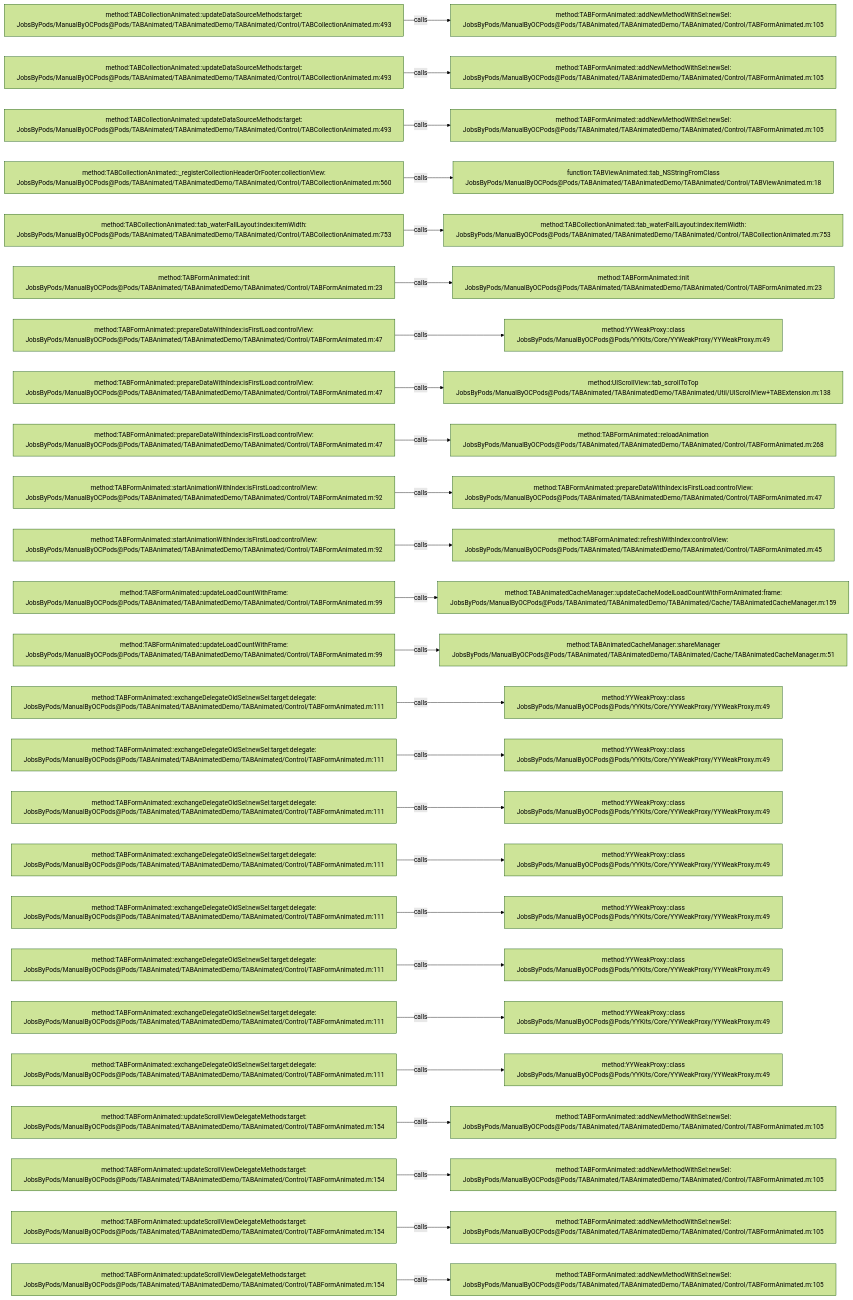
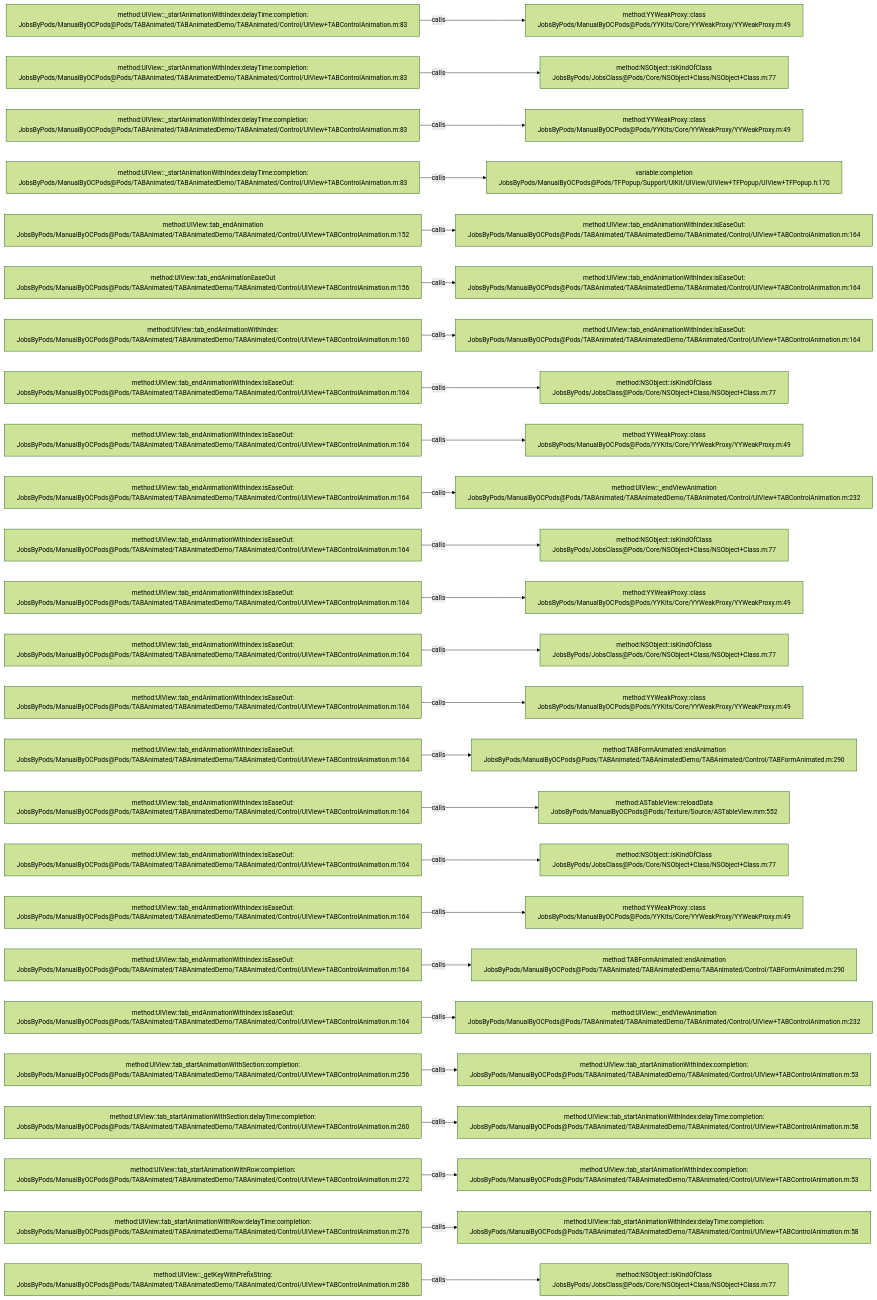
The diagram in .codegraph/codegraph.md/graphs/calls-025.md (JobsKits/JobsOCBaseConfigDemo), drawn with Mermaid (forest theme) before and after one commit. The commit also changed 1353 other files, not shown here.

````diff
--- a/.codegraph/codegraph.md/graphs/calls-025.md
+++ b/.codegraph/codegraph.md/graphs/calls-025.md
@@ -13,78 +13,78 @@
 ```mermaid
 flowchart LR
-  S1["method:TABCollectionAnimated::updateDataSourceMethods:target:<br/>JobsByPods/ManualByOCPods@Pods/TABAnimated/TABAnimatedDemo/TABAnimated/Control/TABCollectionAnimated.m:493"]
-  T1["method:TABFormAnimated::addNewMethodWithSel:newSel:<br/>JobsByPods/ManualByOCPods@Pods/TABAnimated/TABAnimatedDemo/TABAnimated/Control/TABFormAnimated.m:105"]
+  S1["method:UIView::_startAnimationWithIndex:delayTime:completion:<br/>JobsByPods/ManualByOCPods@Pods/TABAnimated/TABAnimatedDemo/TABAnimated/Control/UIView+TABControlAnimation.m:83"]
+  T1["method:YYWeakProxy::class<br/>JobsByPods/ManualByOCPods@Pods/YYKits/Core/YYWeakProxy/YYWeakProxy.m:49"]
   S1 -->|calls| T1
-  S2["method:TABCollectionAnimated::updateDataSourceMethods:target:<br/>JobsByPods/ManualByOCPods@Pods/TABAnimated/TABAnimatedDemo/TABAnimated/Control/TABCollectionAnimated.m:493"]
-  T2["method:TABFormAnimated::addNewMethodWithSel:newSel:<br/>JobsByPods/ManualByOCPods@Pods/TABAnimated/TABAnimatedDemo/TABAnimated/Control/TABFormAnimated.m:105"]
+  S2["method:UIView::_startAnimationWithIndex:delayTime:completion:<br/>JobsByPods/ManualByOCPods@Pods/TABAnimated/TABAnimatedDemo/TABAnimated/Control/UIView+TABControlAnimation.m:83"]
+  T2["method:NSObject::isKindOfClass<br/>JobsByPods/JobsClass@Pods/Core/NSObject+Class/NSObject+Class.m:77"]
   S2 -->|calls| T2
-  S3["method:TABCollectionAnimated::updateDataSourceMethods:target:<br/>JobsByPods/ManualByOCPods@Pods/TABAnimated/TABAnimatedDemo/TABAnimated/Control/TABCollectionAnimated.m:493"]
-  T3["method:TABFormAnimated::addNewMethodWithSel:newSel:<br/>JobsByPods/ManualByOCPods@Pods/TABAnimated/TABAnimatedDemo/TABAnimated/Control/TABFormAnimated.m:105"]
+  S3["method:UIView::_startAnimationWithIndex:delayTime:completion:<br/>JobsByPods/ManualByOCPods@Pods/TABAnimated/TABAnimatedDemo/TABAnimated/Control/UIView+TABControlAnimation.m:83"]
+  T3["method:YYWeakProxy::class<br/>JobsByPods/ManualByOCPods@Pods/YYKits/Core/YYWeakProxy/YYWeakProxy.m:49"]
   S3 -->|calls| T3
-  S4["method:TABCollectionAnimated::_registerCollectionHeaderOrFooter:collectionView:<br/>JobsByPods/ManualByOCPods@Pods/TABAnimated/TABAnimatedDemo/TABAnimated/Control/TABCollectionAnimated.m:560"]
-  T4["function:TABViewAnimated::tab_NSStringFromClass<br/>JobsByPods/ManualByOCPods@Pods/TABAnimated/TABAnimatedDemo/TABAnimated/Control/TABViewAnimated.m:18"]
+  S4["method:UIView::_startAnimationWithIndex:delayTime:completion:<br/>JobsByPods/ManualByOCPods@Pods/TABAnimated/TABAnimatedDemo/TABAnimated/Control/UIView+TABControlAnimation.m:83"]
+  T4["variable:completion<br/>JobsByPods/ManualByOCPods@Pods/TFPopup/Support/UIKit/UIView/UIView+TFPopup/UIView+TFPopup.h:170"]
   S4 -->|calls| T4
-  S5["method:TABCollectionAnimated::tab_waterFallLayout:index:itemWidth:<br/>JobsByPods/ManualByOCPods@Pods/TABAnimated/TABAnimatedDemo/TABAnimated/Control/TABCollectionAnimated.m:753"]
-  T5["method:TABCollectionAnimated::tab_waterFallLayout:index:itemWidth:<br/>JobsByPods/ManualByOCPods@Pods/TABAnimated/TABAnimatedDemo/TABAnimated/Control/TABCollectionAnimated.m:753"]
+  S5["method:UIView::tab_endAnimation<br/>JobsByPods/ManualByOCPods@Pods/TABAnimated/TABAnimatedDemo/TABAnimated/Control/UIView+TABControlAnimation.m:152"]
+  T5["method:UIView::tab_endAnimationWithIndex:isEaseOut:<br/>JobsByPods/ManualByOCPods@Pods/TABAnimated/TABAnimatedDemo/TABAnimated/Control/UIView+TABControlAnimation.m:164"]
   S5 -->|calls| T5
-  S6["method:TABFormAnimated::init<br/>JobsByPods/ManualByOCPods@Pods/TABAnimated/TABAnimatedDemo/TABAnimated/Control/TABFormAnimated.m:23"]
-  T6["method:TABFormAnimated::init<br/>JobsByPods/ManualByOCPods@Pods/TABAnimated/TABAnimatedDemo/TABAnimated/Control/TABFormAnimated.m:23"]
+  S6["method:UIView::tab_endAnimationEaseOut<br/>JobsByPods/ManualByOCPods@Pods/TABAnimated/TABAnimatedDemo/TABAnimated/Control/UIView+TABControlAnimation.m:156"]
+  T6["method:UIView::tab_endAnimationWithIndex:isEaseOut:<br/>JobsByPods/ManualByOCPods@Pods/TABAnimated/TABAnimatedDemo/TABAnimated/Control/UIView+TABControlAnimation.m:164"]
   S6 -->|calls| T6
-  S7["method:TABFormAnimated::prepareDataWithIndex:isFirstLoad:controlView:<br/>JobsByPods/ManualByOCPods@Pods/TABAnimated/TABAnimatedDemo/TABAnimated/Control/TABFormAnimated.m:47"]
-  T7["method:YYWeakProxy::class<br/>JobsByPods/ManualByOCPods@Pods/YYKits/Core/YYWeakProxy/YYWeakProxy.m:49"]
+  S7["method:UIView::tab_endAnimationWithIndex:<br/>JobsByPods/ManualByOCPods@Pods/TABAnimated/TABAnimatedDemo/TABAnimated/Control/UIView+TABControlAnimation.m:160"]
+  T7["method:UIView::tab_endAnimationWithIndex:isEaseOut:<br/>JobsByPods/ManualByOCPods@Pods/TABAnimated/TABAnimatedDemo/TABAnimated/Control/UIView+TABControlAnimation.m:164"]
   S7 -->|calls| T7
-  S8["method:TABFormAnimated::prepareDataWithIndex:isFirstLoad:controlView:<br/>JobsByPods/ManualByOCPods@Pods/TABAnimated/TABAnimatedDemo/TABAnimated/Control/TABFormAnimated.m:47"]
-  T8["method:UIScrollView::tab_scrollToTop<br/>JobsByPods/ManualByOCPods@Pods/TABAnimated/TABAnimatedDemo/TABAnimated/Util/UIScrollView+TABExtension.m:138"]
+  S8["method:UIView::tab_endAnimationWithIndex:isEaseOut:<br/>JobsByPods/ManualByOCPods@Pods/TABAnimated/TABAnimatedDemo/TABAnimated/Control/UIView+TABControlAnimation.m:164"]
+  T8["method:NSObject::isKindOfClass<br/>JobsByPods/JobsClass@Pods/Core/NSObject+Class/NSObject+Class.m:77"]
   S8 -->|calls| T8
-  S9["method:TABFormAnimated::prepareDataWithIndex:isFirstLoad:controlView:<br/>JobsByPods/ManualByOCPods@Pods/TABAnimated/TABAnimatedDemo/TABAnimated/Control/TABFormAnimated.m:47"]
-  T9["method:TABFormAnimated::reloadAnimation<br/>JobsByPods/ManualByOCPods@Pods/TABAnimated/TABAnimatedDemo/TABAnimated/Control/TABFormAnimated.m:268"]
+  S9["method:UIView::tab_endAnimationWithIndex:isEaseOut:<br/>JobsByPods/ManualByOCPods@Pods/TABAnimated/TABAnimatedDemo/TABAnimated/Control/UIView+TABControlAnimation.m:164"]
+  T9["method:YYWeakProxy::class<br/>JobsByPods/ManualByOCPods@Pods/YYKits/Core/YYWeakProxy/YYWeakProxy.m:49"]
   S9 -->|calls| T9
-  S10["method:TABFormAnimated::startAnimationWithIndex:isFirstLoad:controlView:<br/>JobsByPods/ManualByOCPods@Pods/TABAnimated/TABAnimatedDemo/TABAnimated/Control/TABFormAnimated.m:92"]
-  T10["method:TABFormAnimated::prepareDataWithIndex:isFirstLoad:controlView:<br/>JobsByPods/ManualByOCPods@Pods/TABAnimated/TABAnimatedDemo/TABAnimated/Control/TABFormAnimated.m:47"]
+  S10["method:UIView::tab_endAnimationWithIndex:isEaseOut:<br/>JobsByPods/ManualByOCPods@Pods/TABAnimated/TABAnimatedDemo/TABAnimated/Control/UIView+TABControlAnimation.m:164"]
+  T10["method:UIView::_endViewAnimation<br/>JobsByPods/ManualByOCPods@Pods/TABAnimated/TABAnimatedDemo/TABAnimated/Control/UIView+TABControlAnimation.m:232"]
   S10 -->|calls| T10
-  S11["method:TABFormAnimated::startAnimationWithIndex:isFirstLoad:controlView:<br/>JobsByPods/ManualByOCPods@Pods/TABAnimated/TABAnimatedDemo/TABAnimated/Control/TABFormAnimated.m:92"]
-  T11["method:TABFormAnimated::refreshWithIndex:controlView:<br/>JobsByPods/ManualByOCPods@Pods/TABAnimated/TABAnimatedDemo/TABAnimated/Control/TABFormAnimated.m:45"]
+  S11["method:UIView::tab_endAnimationWithIndex:isEaseOut:<br/>JobsByPods/ManualByOCPods@Pods/TABAnimated/TABAnimatedDemo/TABAnimated/Control/UIView+TABControlAnimation.m:164"]
+  T11["method:NSObject::isKindOfClass<br/>JobsByPods/JobsClass@Pods/Core/NSObject+Class/NSObject+Class.m:77"]
   S11 -->|calls| T11
-  S12["method:TABFormAnimated::updateLoadCountWithFrame:<br/>JobsByPods/ManualByOCPods@Pods/TABAnimated/TABAnimatedDemo/TABAnimated/Control/TABFormAnimated.m:99"]
-  T12["method:TABAnimatedCacheManager::updateCacheModelLoadCountWithFormAnimated:frame:<br/>JobsByPods/ManualByOCPods@Pods/TABAnimated/TABAnimatedDemo/TABAnimated/Cache/TABAnimatedCacheManager.m:159"]
+  S12["method:UIView::tab_endAnimationWithIndex:isEaseOut:<br/>JobsByPods/ManualByOCPods@Pods/TABAnimated/TABAnimatedDemo/TABAnimated/Control/UIView+TABControlAnimation.m:164"]
+  T12["method:YYWeakProxy::class<br/>JobsByPods/ManualByOCPods@Pods/YYKits/Core/YYWeakProxy/YYWeakProxy.m:49"]
   S12 -->|calls| T12
-  S13["method:TABFormAnimated::updateLoadCountWithFrame:<br/>JobsByPods/ManualByOCPods@Pods/TABAnimated/TABAnimatedDemo/TABAnimated/Control/TABFormAnimated.m:99"]
-  T13["method:TABAnimatedCacheManager::shareManager<br/>JobsByPods/ManualByOCPods@Pods/TABAnimated/TABAnimatedDemo/TABAnimated/Cache/TABAnimatedCacheManager.m:51"]
+  S13["method:UIView::tab_endAnimationWithIndex:isEaseOut:<br/>JobsByPods/ManualByOCPods@Pods/TABAnimated/TABAnimatedDemo/TABAnimated/Control/UIView+TABControlAnimation.m:164"]
+  T13["method:NSObject::isKindOfClass<br/>JobsByPods/JobsClass@Pods/Core/NSObject+Class/NSObject+Class.m:77"]
   S13 -->|calls| T13
-  S14["method:TABFormAnimated::exchangeDelegateOldSel:newSel:target:delegate:<br/>JobsByPods/ManualByOCPods@Pods/TABAnimated/TABAnimatedDemo/TABAnimated/Control/TABFormAnimated.m:111"]
+  S14["method:UIView::tab_endAnimationWithIndex:isEaseOut:<br/>JobsByPods/ManualByOCPods@Pods/TABAnimated/TABAnimatedDemo/TABAnimated/Control/UIView+TABControlAnimation.m:164"]
   T14["method:YYWeakProxy::class<br/>JobsByPods/ManualByOCPods@Pods/YYKits/Core/YYWeakProxy/YYWeakProxy.m:49"]
   S14 -->|calls| T14
-  S15["method:TABFormAnimated::exchangeDelegateOldSel:newSel:target:delegate:<br/>JobsByPods/ManualByOCPods@Pods/TABAnimated/TABAnimatedDemo/TABAnimated/Control/TABFormAnimated.m:111"]
-  T15["method:YYWeakProxy::class<br/>JobsByPods/ManualByOCPods@Pods/YYKits/Core/YYWeakProxy/YYWeakProxy.m:49"]
+  S15["method:UIView::tab_endAnimationWithIndex:isEaseOut:<br/>JobsByPods/ManualByOCPods@Pods/TABAnimated/TABAnimatedDemo/TABAnimated/Control/UIView+TABControlAnimation.m:164"]
+  T15["method:TABFormAnimated::endAnimation<br/>JobsByPods/ManualByOCPods@Pods/TABAnimated/TABAnimatedDemo/TABAnimated/Control/TABFormAnimated.m:290"]
   S15 -->|calls| T15
-  S16["method:TABFormAnimated::exchangeDelegateOldSel:newSel:target:delegate:<br/>JobsByPods/ManualByOCPods@Pods/TABAnimated/TABAnimatedDemo/TABAnimated/Control/TABFormAnimated.m:111"]
-  T16["method:YYWeakProxy::class<br/>JobsByPods/ManualByOCPods@Pods/YYKits/Core/YYWeakProxy/YYWeakProxy.m:49"]
+  S16["method:UIView::tab_endAnimationWithIndex:isEaseOut:<br/>JobsByPods/ManualByOCPods@Pods/TABAnimated/TABAnimatedDemo/TABAnimated/Control/UIView+TABControlAnimation.m:164"]
+  T16["method:ASTableView::reloadData<br/>JobsByPods/ManualByOCPods@Pods/Texture/Source/ASTableView.mm:552"]
   S16 -->|calls| T16
-  S17["method:TABFormAnimated::exchangeDelegateOldSel:newSel:target:delegate:<br/>JobsByPods/ManualByOCPods@Pods/TABAnimated/TABAnimatedDemo/TABAnimated/Control/TABFormAnimated.m:111"]
-  T17["method:YYWeakProxy::class<br/>JobsByPods/ManualByOCPods@Pods/YYKits/Core/YYWeakProxy/YYWeakProxy.m:49"]
+  S17["method:UIView::tab_endAnimationWithIndex:isEaseOut:<br/>JobsByPods/ManualByOCPods@Pods/TABAnimated/TABAnimatedDemo/TABAnimated/Control/UIView+TABControlAnimation.m:164"]
+  T17["method:NSObject::isKindOfClass<br/>JobsByPods/JobsClass@Pods/Core/NSObject+Class/NSObject+Class.m:77"]
   S17 -->|calls| T17
-  S18["method:TABFormAnimated::exchangeDelegateOldSel:newSel:target:delegate:<br/>JobsByPods/ManualByOCPods@Pods/TABAnimated/TABAnimatedDemo/TABAnimated/Control/TABFormAnimated.m:111"]
+  S18["method:UIView::tab_endAnimationWithIndex:isEaseOut:<br/>JobsByPods/ManualByOCPods@Pods/TABAnimated/TABAnimatedDemo/TABAnimated/Control/UIView+TABControlAnimation.m:164"]
   T18["method:YYWeakProxy::class<br/>JobsByPods/ManualByOCPods@Pods/YYKits/Core/YYWeakProxy/YYWeakProxy.m:49"]
   S18 -->|calls| T18
-  S19["method:TABFormAnimated::exchangeDelegateOldSel:newSel:target:delegate:<br/>JobsByPods/ManualByOCPods@Pods/TABAnimated/TABAnimatedDemo/TABAnimated/Control/TABFormAnimated.m:111"]
-  T19["method:YYWeakProxy::class<br/>JobsByPods/ManualByOCPods@Pods/YYKits/Core/YYWeakProxy/YYWeakProxy.m:49"]
+  S19["method:UIView::tab_endAnimationWithIndex:isEaseOut:<br/>JobsByPods/ManualByOCPods@Pods/TABAnimated/TABAnimatedDemo/TABAnimated/Control/UIView+TABControlAnimation.m:164"]
+  T19["method:TABFormAnimated::endAnimation<br/>JobsByPods/ManualByOCPods@Pods/TABAnimated/TABAnimatedDemo/TABAnimated/Control/TABFormAnimated.m:290"]
   S19 -->|calls| T19
-  S20["method:TABFormAnimated::exchangeDelegateOldSel:newSel:target:delegate:<br/>JobsByPods/ManualByOCPods@Pods/TABAnimated/TABAnimatedDemo/TABAnimated/Control/TABFormAnimated.m:111"]
-  T20["method:YYWeakProxy::class<br/>JobsByPods/ManualByOCPods@Pods/YYKits/Core/YYWeakProxy/YYWeakProxy.m:49"]
+  S20["method:UIView::tab_endAnimationWithIndex:isEaseOut:<br/>JobsByPods/ManualByOCPods@Pods/TABAnimated/TABAnimatedDemo/TABAnimated/Control/UIView+TABControlAnimation.m:164"]
+  T20["method:UIView::_endViewAnimation<br/>JobsByPods/ManualByOCPods@Pods/TABAnimated/TABAnimatedDemo/TABAnimated/Control/UIView+TABControlAnimation.m:232"]
   S20 -->|calls| T20
-  S21["method:TABFormAnimated::exchangeDelegateOldSel:newSel:target:delegate:<br/>JobsByPods/ManualByOCPods@Pods/TABAnimated/TABAnimatedDemo/TABAnimated/Control/TABFormAnimated.m:111"]
-  T21["method:YYWeakProxy::class<br/>JobsByPods/ManualByOCPods@Pods/YYKits/Core/YYWeakProxy/YYWeakProxy.m:49"]
+  S21["method:UIView::tab_startAnimationWithSection:completion:<br/>JobsByPods/ManualByOCPods@Pods/TABAnimated/TABAnimatedDemo/TABAnimated/Control/UIView+TABControlAnimation.m:256"]
+  T21["method:UIView::tab_startAnimationWithIndex:completion:<br/>JobsByPods/ManualByOCPods@Pods/TABAnimated/TABAnimatedDemo/TABAnimated/Control/UIView+TABControlAnimation.m:53"]
   S21 -->|calls| T21
-  S22["method:TABFormAnimated::updateScrollViewDelegateMethods:target:<br/>JobsByPods/ManualByOCPods@Pods/TABAnimated/TABAnimatedDemo/TABAnimated/Control/TABFormAnimated.m:154"]
-  T22["method:TABFormAnimated::addNewMethodWithSel:newSel:<br/>JobsByPods/ManualByOCPods@Pods/TABAnimated/TABAnimatedDemo/TABAnimated/Control/TABFormAnimated.m:105"]
+  S22["method:UIView::tab_startAnimationWithSection:delayTime:completion:<br/>JobsByPods/ManualByOCPods@Pods/TABAnimated/TABAnimatedDemo/TABAnimated/Control/UIView+TABControlAnimation.m:260"]
+  T22["method:UIView::tab_startAnimationWithIndex:delayTime:completion:<br/>JobsByPods/ManualByOCPods@Pods/TABAnimated/TABAnimatedDemo/TABAnimated/Control/UIView+TABControlAnimation.m:58"]
   S22 -->|calls| T22
-  S23["method:TABFormAnimated::updateScrollViewDelegateMethods:target:<br/>JobsByPods/ManualByOCPods@Pods/TABAnimated/TABAnimatedDemo/TABAnimated/Control/TABFormAnimated.m:154"]
-  T23["method:TABFormAnimated::addNewMethodWithSel:newSel:<br/>JobsByPods/ManualByOCPods@Pods/TABAnimated/TABAnimatedDemo/TABAnimated/Control/TABFormAnimated.m:105"]
+  S23["method:UIView::tab_startAnimationWithRow:completion:<br/>JobsByPods/ManualByOCPods@Pods/TABAnimated/TABAnimatedDemo/TABAnimated/Control/UIView+TABControlAnimation.m:272"]
+  T23["method:UIView::tab_startAnimationWithIndex:completion:<br/>JobsByPods/ManualByOCPods@Pods/TABAnimated/TABAnimatedDemo/TABAnimated/Control/UIView+TABControlAnimation.m:53"]
   S23 -->|calls| T23
-  S24["method:TABFormAnimated::updateScrollViewDelegateMethods:target:<br/>JobsByPods/ManualByOCPods@Pods/TABAnimated/TABAnimatedDemo/TABAnimated/Control/TABFormAnimated.m:154"]
-  T24["method:TABFormAnimated::addNewMethodWithSel:newSel:<br/>JobsByPods/ManualByOCPods@Pods/TABAnimated/TABAnimatedDemo/TABAnimated/Control/TABFormAnimated.m:105"]
+  S24["method:UIView::tab_startAnimationWithRow:delayTime:completion:<br/>JobsByPods/ManualByOCPods@Pods/TABAnimated/TABAnimatedDemo/TABAnimated/Control/UIView+TABControlAnimation.m:276"]
+  T24["method:UIView::tab_startAnimationWithIndex:delayTime:completion:<br/>JobsByPods/ManualByOCPods@Pods/TABAnimated/TABAnimatedDemo/TABAnimated/Control/UIView+TABControlAnimation.m:58"]
   S24 -->|calls| T24
-  S25["method:TABFormAnimated::updateScrollViewDelegateMethods:target:<br/>JobsByPods/ManualByOCPods@Pods/TABAnimated/TABAnimatedDemo/TABAnimated/Control/TABFormAnimated.m:154"]
-  T25["method:TABFormAnimated::addNewMethodWithSel:newSel:<br/>JobsByPods/ManualByOCPods@Pods/TABAnimated/TABAnimatedDemo/TABAnimated/Control/TABFormAnimated.m:105"]
+  S25["method:UIView::_getKeyWithPrefixString:<br/>JobsByPods/ManualByOCPods@Pods/TABAnimated/TABAnimatedDemo/TABAnimated/Control/UIView+TABControlAnimation.m:286"]
+  T25["method:NSObject::isKindOfClass<br/>JobsByPods/JobsClass@Pods/Core/NSObject+Class/NSObject+Class.m:77"]
   S25 -->|calls| T25
 ```
````
